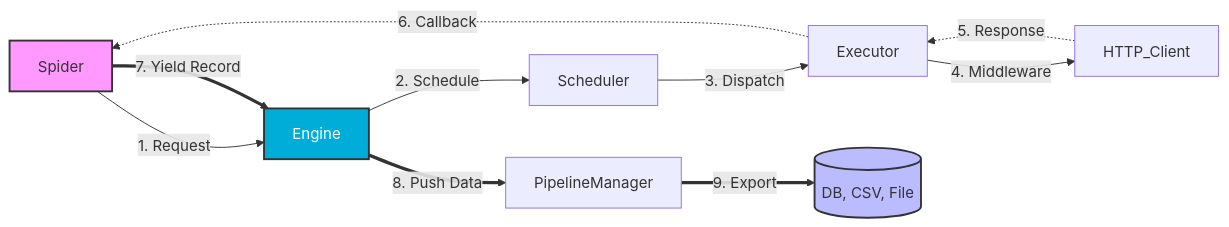
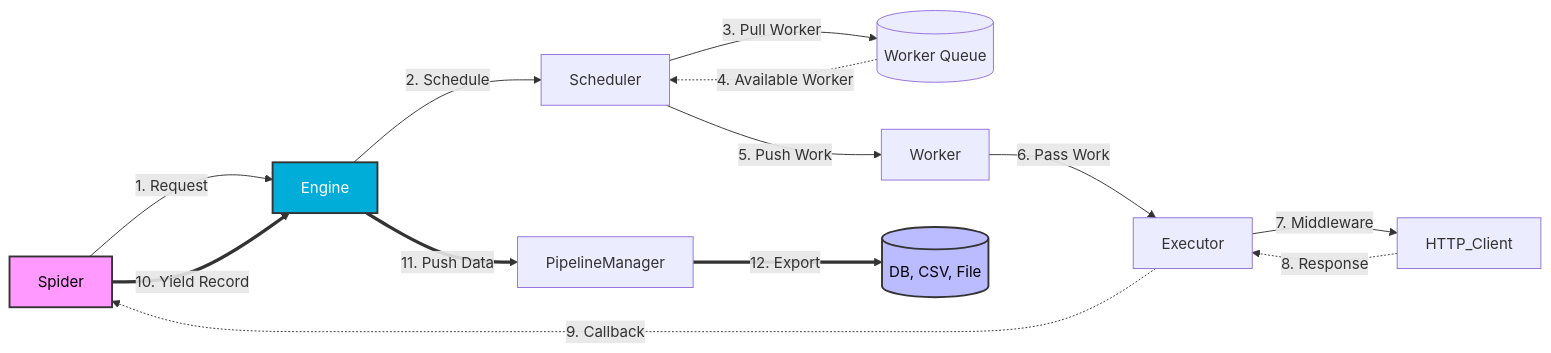
Before and after one commit to tech-engine/goscrapy: the diagram in README.md, drawn with Mermaid.

Commit message:
chore: update mermaid diagram

````diff
--- a/README.md
+++ b/README.md
@@ -38,21 +38,24 @@
 ```mermaid
 flowchart LR
     %% Request Flow
     Spider -->|1. Request| Engine
     Engine -->|2. Schedule| Scheduler
-    Scheduler -->|3. Dispatch| Executor
-    Executor -->|4. Middleware| HTTP_Client
+    Scheduler -->|3. Pull Worker| WorkerQueue[(Worker Queue)]
+    WorkerQueue -.->|4. Available Worker| Scheduler
+    Scheduler -->|5. Push Work| Worker
+    Worker -->|6. Pass Work| Executor
+    Executor -->|7. Middleware| HTTP_Client
 
     %% Response Flow
-    HTTP_Client -.->|5. Response| Executor
-    Executor -.->|6. Callback| Spider
+    HTTP_Client -.->|8. Response| Executor
+    Executor -.->|9. Callback| Spider
 
     %% Data Flow
-    Spider ==>|7. Yield Record| Engine
-    Engine ==>|8. Push Data| PipelineManager
-    PipelineManager ==>|9. Export| Pipelines[(DB, CSV, File)]
+    Spider ==>|10. Yield Record| Engine
+    Engine ==>|11. Push Data| PipelineManager
+    PipelineManager ==>|12. Export| Pipelines[(DB, CSV, File)]
 
     style Engine fill:#00ADD8,stroke:#333,stroke-width:2px,color:#fff
-    style Spider fill:#f9f,stroke:#333,stroke-width:2px
-    style Pipelines fill:#bbf,stroke:#333,stroke-width:2px
+    style Spider fill:#f9f,stroke:#333,stroke-width:2px,color:#000
+    style Pipelines fill:#bbf,stroke:#333,stroke-width:2px,color:#000
 ```
````
